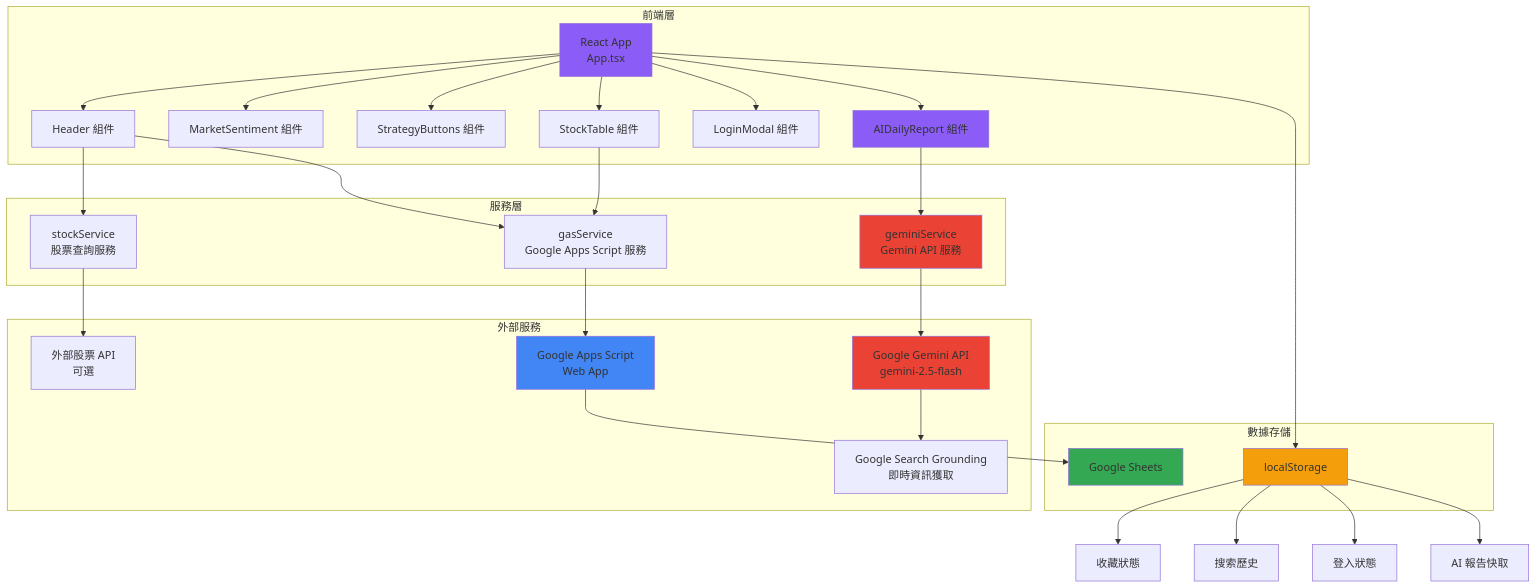
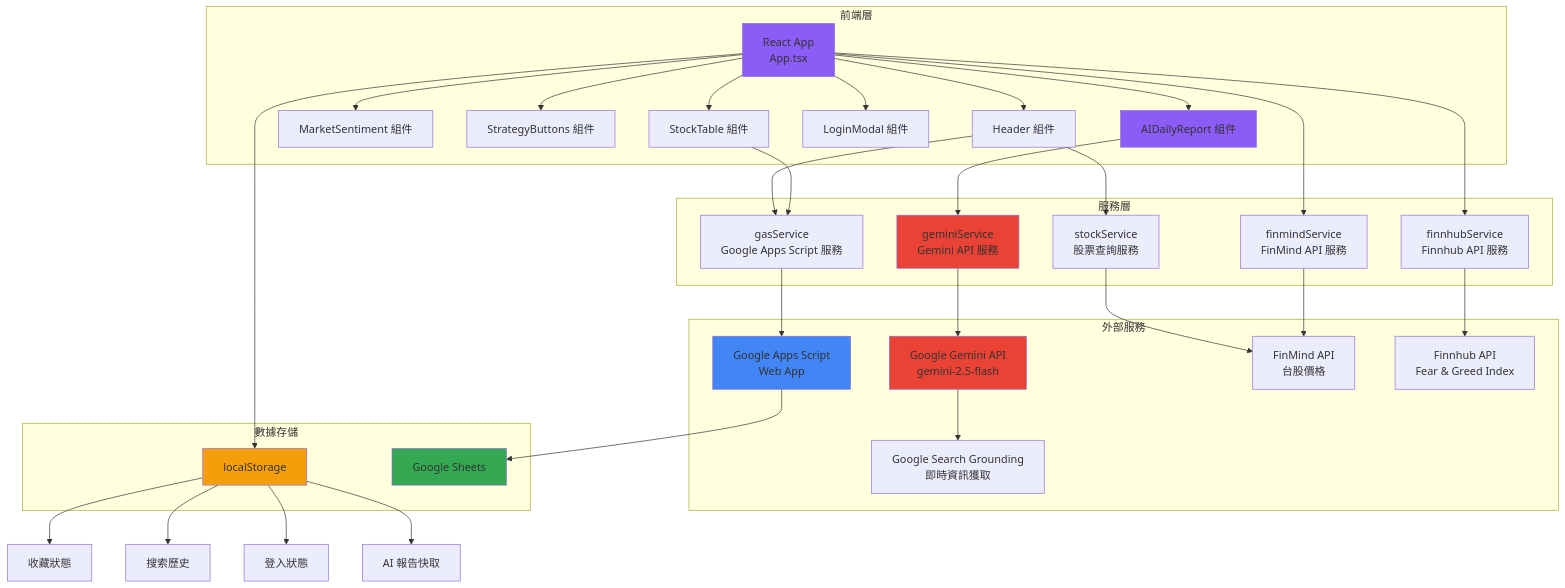
The first of 6 diagrams in README.md (qwerboy-design/gemini-fintech-pro), drawn with Mermaid before and after one commit. The commit also changed other lines of this file and 1 other file, not shown here.

Commit message:
Add stock price update improvement documentation and update README architecture

````diff
--- a/README.md
+++ b/README.md
@@ -187,63 +187,70 @@
 ```mermaid
 graph TB
     subgraph "前端層"
         A[React App<br/>App.tsx]
         B[Header 組件]
         C[MarketSentiment 組件]
         D[StrategyButtons 組件]
         E[StockTable 組件]
         F[LoginModal 組件]
         G[AIDailyReport 組件]
     end
     
     subgraph "服務層"
         H[stockService<br/>股票查詢服務]
         I[gasService<br/>Google Apps Script 服務]
         J[geminiService<br/>Gemini API 服務]
+        FM[finmindService<br/>FinMind API 服務]
+        FH[finnhubService<br/>Finnhub API 服務]
     end
     
     subgraph "外部服務"
         K[Google Gemini API<br/>gemini-2.5-flash]
         L[Google Search Grounding<br/>即時資訊獲取]
         M[Google Apps Script<br/>Web App]
-        N[外部股票 API<br/>可選]
+        FM_API[FinMind API<br/>台股價格]
+        FH_API[Finnhub API<br/>Fear & Greed Index]
     end
     
     subgraph "數據存儲"
         O[localStorage]
         P[Google Sheets]
     end
     
     A --> B
     A --> C
     A --> D
     A --> E
     A --> F
     A --> G
     
     B --> H
     B --> I
     G --> J
     E --> I
+    A --> FM
+    A --> FH
     
-    H --> N
+    H --> FM_API
     I --> M
     J --> K
     K --> L
+    FM --> FM_API
+    FH --> FH_API
     
     M --> P
     
     A --> O
     O --> O1[收藏狀態]
     O --> O2[搜索歷史]
     O --> O3[登入狀態]
     O --> O4[AI 報告快取]
     
     style A fill:#8b5cf6
     style G fill:#8b5cf6
     style J fill:#ea4335
     style K fill:#ea4335
     style M fill:#4285f4
     style P fill:#34a853
     style O fill:#f59e0b
 ```
````
